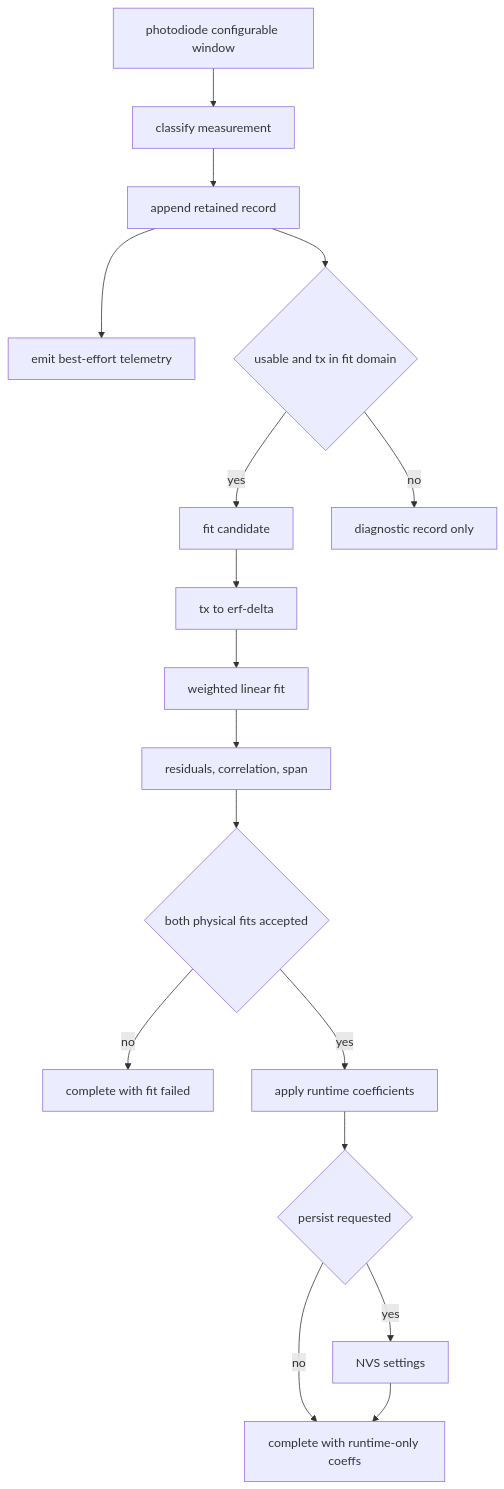
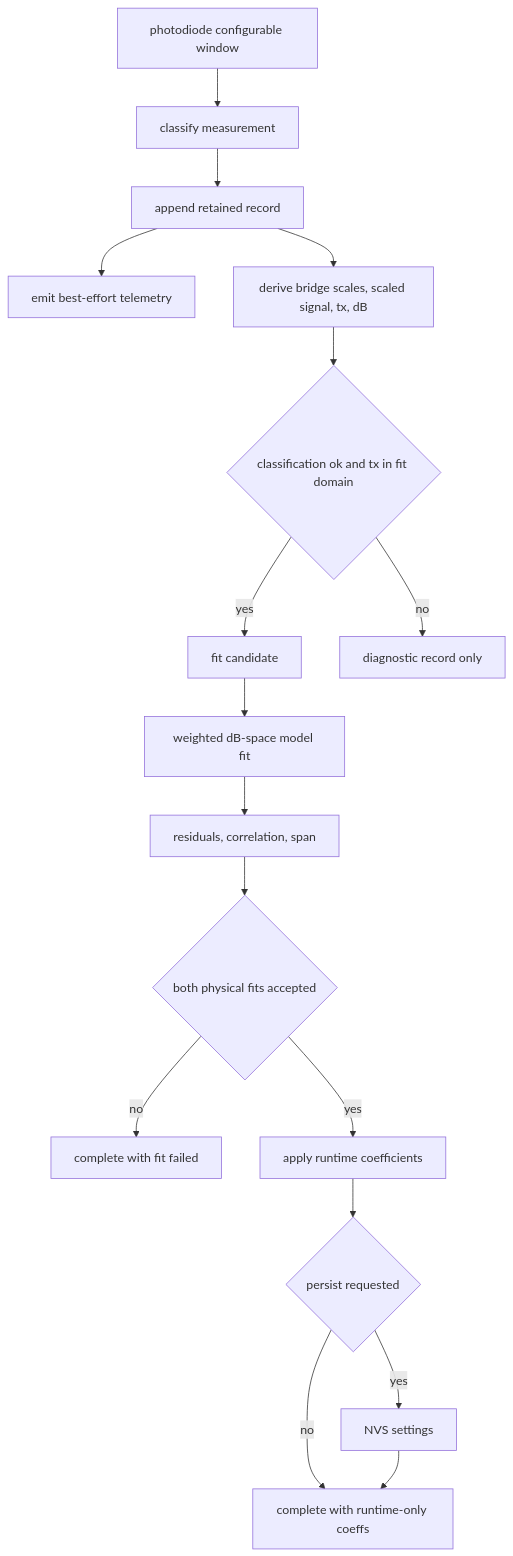
The seventh of 7 diagrams in doc/attenuator_calibration.md (COO-Utilities/hispec-tib), drawn with Mermaid before and after one commit. The commit also changed other lines of this file and 6 other files, not shown here.

````diff
--- a/doc/attenuator_calibration.md
+++ b/doc/attenuator_calibration.md
@@ -201,20 +236,20 @@
 ```mermaid
 flowchart TD
   Window[photodiode configurable window] --> Measurement[classify measurement]
   Measurement --> Record[append retained record]
   Record --> Telemetry[emit best-effort telemetry]
-  Record --> FitEligible{usable and tx in fit domain}
+  Record --> Derive[derive bridge scales, scaled signal, tx, dB]
+  Derive --> FitEligible{classification ok and tx in fit domain}
   FitEligible -- yes --> FitInput[fit candidate]
   FitEligible -- no --> RetainedOnly[diagnostic record only]
 
-  FitInput --> Convert[tx to erf-delta]
-  Convert --> WLS[weighted linear fit]
-  WLS --> Metrics[residuals, correlation, span]
+  FitInput --> Optimize[weighted dB-space model fit]
+  Optimize --> Metrics[residuals, correlation, span]
   Metrics --> Accepted{both physical fits accepted}
   Accepted -- no --> CompleteFailed[complete with fit failed]
   Accepted -- yes --> Apply[apply runtime coefficients]
   Apply --> Persist{persist requested}
   Persist -- yes --> Store[NVS settings]
   Persist -- no --> CompleteOK[complete with runtime-only coeffs]
   Store --> CompleteOK
 ```
````
